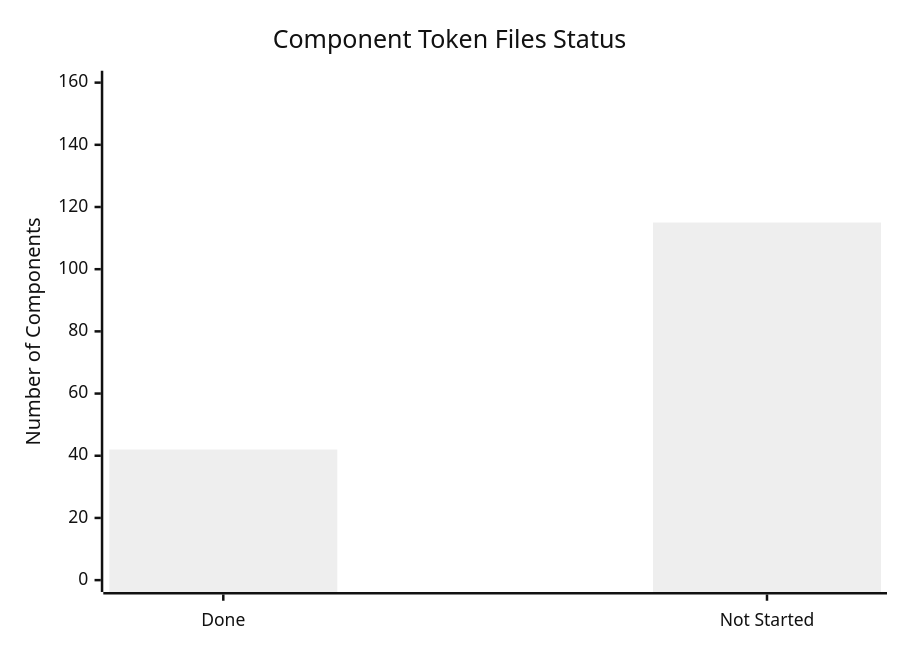
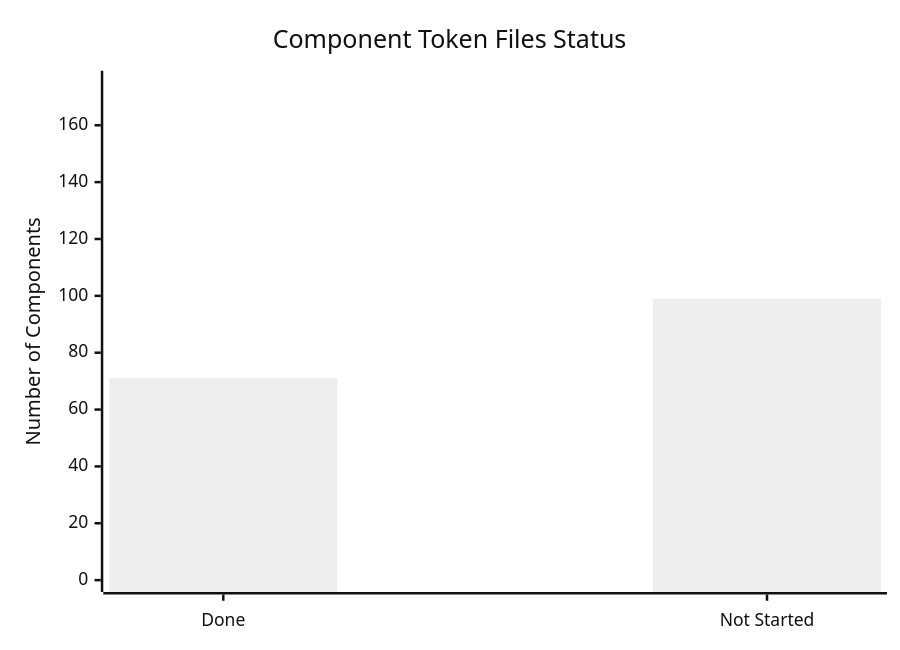
The second of 3 diagrams in PROJECT_STATUS_TRACKER.md (thisisashwinks/HighRise-Tokens), drawn with Mermaid (neutral theme) before and after one commit. The commit also changed other lines of this file and 7 other files, not shown here.

````diff
--- a/PROJECT_STATUS_TRACKER.md
+++ b/PROJECT_STATUS_TRACKER.md
@@ -363,7 +417,7 @@
 ```mermaid
 xychart-beta
     title "Component Token Files Status"
     x-axis ["Done", "Not Started"]
-    y-axis "Number of Components" 0 --> 160
-    bar [42, 115]
+    y-axis "Number of Components" 0 --> 175
+    bar [71, 99]
 ```
````
